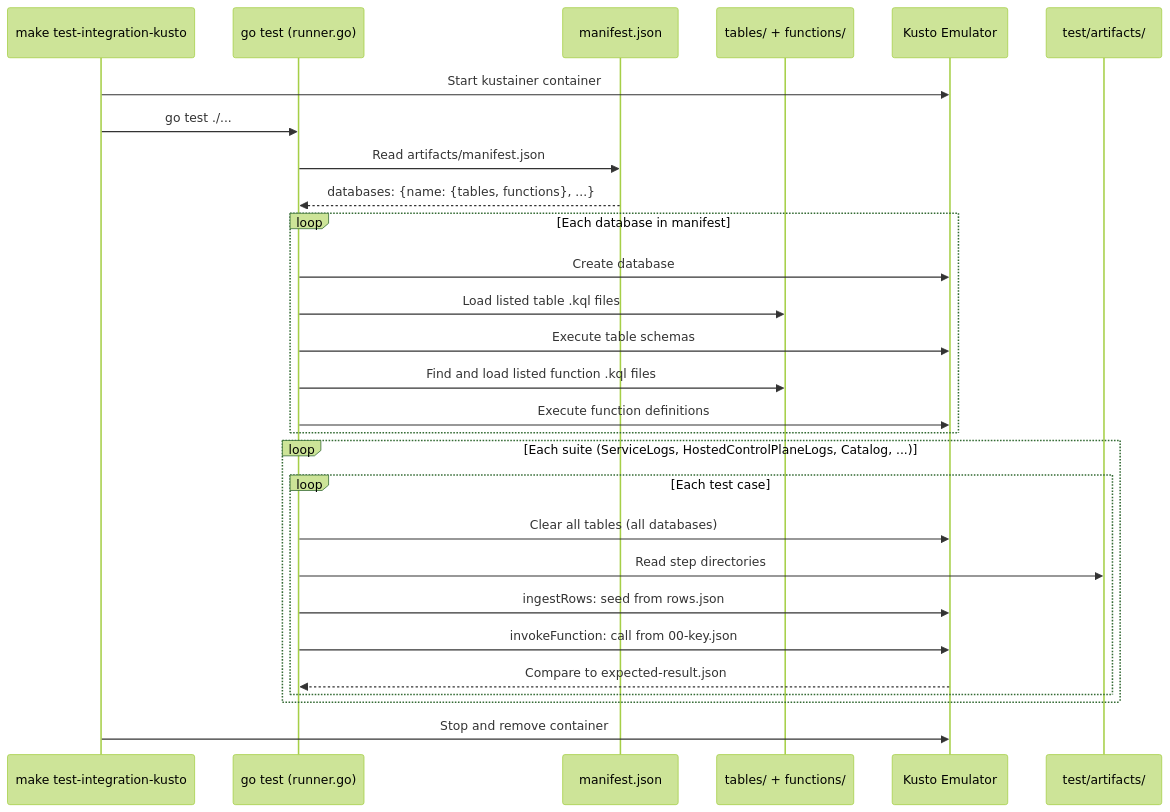
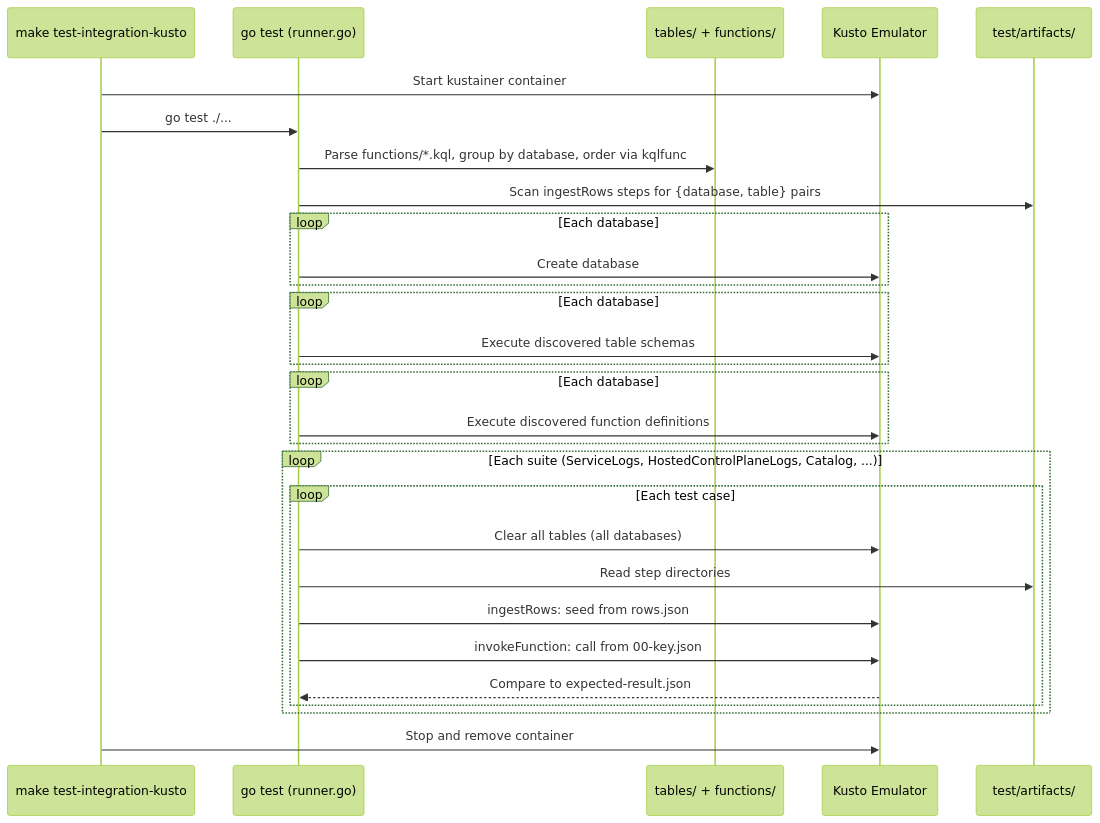
The diagram in dev-infrastructure/modules/logs/kusto/test/README.md (Azure/ARO-HCP), drawn with Mermaid (forest theme) before and after one commit. The commit also changed other lines of this file and 192 other files, not shown here.

````diff
--- a/dev-infrastructure/modules/logs/kusto/test/README.md
+++ b/dev-infrastructure/modules/logs/kusto/test/README.md
@@ -21,35 +21,36 @@
 ```mermaid
 sequenceDiagram
     participant Make as make test-integration-kusto
     participant Runner as go test (runner.go)
-    participant Manifest as manifest.json
     participant KQL as tables/ + functions/
     participant Emulator as Kusto Emulator
     participant Artifacts as test/artifacts/
 
     Make->>Emulator: Start kustainer container
     Make->>Runner: go test ./...
 
-    Runner->>Manifest: Read artifacts/manifest.json
-    Manifest-->>Runner: databases: {name: {tables, functions}, ...}
+    Runner->>KQL: Parse functions/*.kql, group by database, order via kqlfunc
+    Runner->>Artifacts: Scan ingestRows steps for {database, table} pairs
 
-    loop Each database in manifest
+    loop Each database
         Runner->>Emulator: Create database
-        Runner->>KQL: Load listed table .kql files
-        Runner->>Emulator: Execute table schemas
-        Runner->>KQL: Find and load listed function .kql files
-        Runner->>Emulator: Execute function definitions
+    end
+    loop Each database
+        Runner->>Emulator: Execute discovered table schemas
+    end
+    loop Each database
+        Runner->>Emulator: Execute discovered function definitions
     end
 
     loop Each suite (ServiceLogs, HostedControlPlaneLogs, Catalog, ...)
         loop Each test case
             Runner->>Emulator: Clear all tables (all databases)
             Runner->>Artifacts: Read step directories
             Runner->>Emulator: ingestRows: seed from rows.json
             Runner->>Emulator: invokeFunction: call from 00-key.json
             Emulator-->>Runner: Compare to expected-result.json
         end
     end
 
     Make->>Emulator: Stop and remove container
 ```
````
